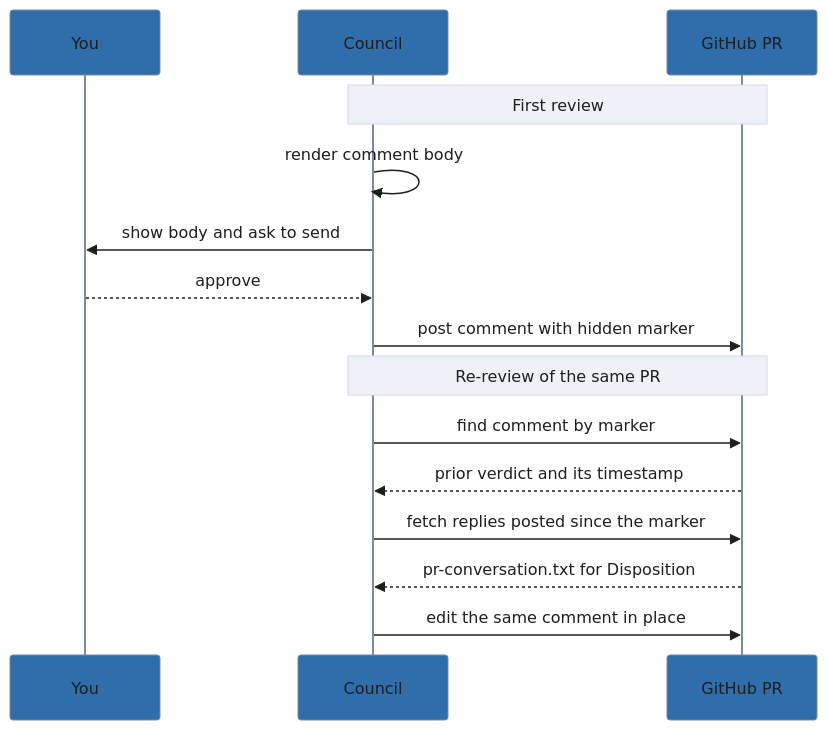
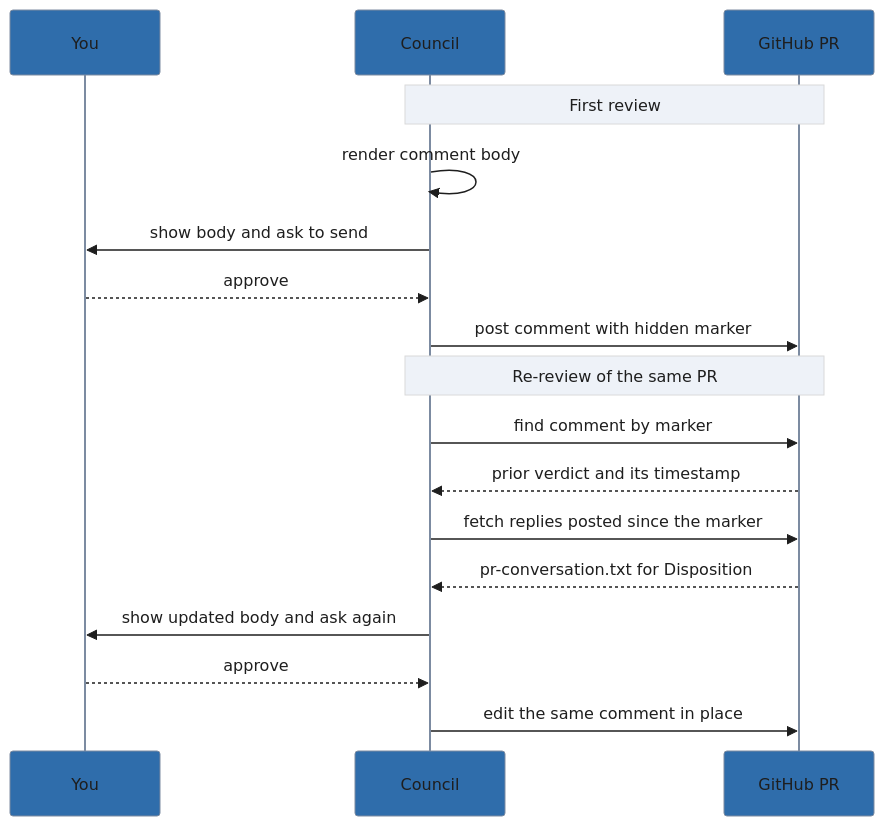
Before and after one commit to lolables/lola-mod-review-council: the first of 2 diagrams in README.md, drawn with Mermaid. The commit also changed other lines of this file and 1 other file, not shown here.

First line of the commit message:
docs: correct queue-gate diagram, install paths, and lost prerequisite

````diff
--- a/README.md
+++ b/README.md
@@ -197,35 +198,37 @@
 ```mermaid
 %%{init: {'theme': 'base', 'themeVariables': {
   'primaryColor': '#2f6dab',
   'primaryTextColor': '#1e1e1e',
   'primaryBorderColor': '#7c8ba1',
   'lineColor': '#7c8ba1',
   'edgeLabelBackground': '#eef2f8',
   'tertiaryColor': 'transparent',
   'tertiaryTextColor': '#7c8ba1',
   'tertiaryBorderColor': '#7c8ba1',
   'clusterBkg': 'transparent',
   'clusterBorder': '#7c8ba1',
   'titleColor': '#7c8ba1',
   'noteBkgColor': '#eef2f8',
   'noteTextColor': '#1e1e1e',
   'fontFamily': 'system-ui, sans-serif'
 }, 'themeCSS': '.node .nodeLabel{color:#ffffff!important;fill:#ffffff!important;}'}}%%
 sequenceDiagram
     participant You
     participant Council
     participant PR as GitHub PR
 
     Note over Council,PR: First review
     Council->>Council: render comment body
     Council->>You: show body and ask to send
     You-->>Council: approve
     Council->>PR: post comment with hidden marker
 
     Note over Council,PR: Re-review of the same PR
     Council->>PR: find comment by marker
     PR-->>Council: prior verdict and its timestamp
     Council->>PR: fetch replies posted since the marker
     PR-->>Council: pr-conversation.txt for Disposition
+    Council->>You: show updated body and ask again
+    You-->>Council: approve
     Council->>PR: edit the same comment in place
 ```
````
